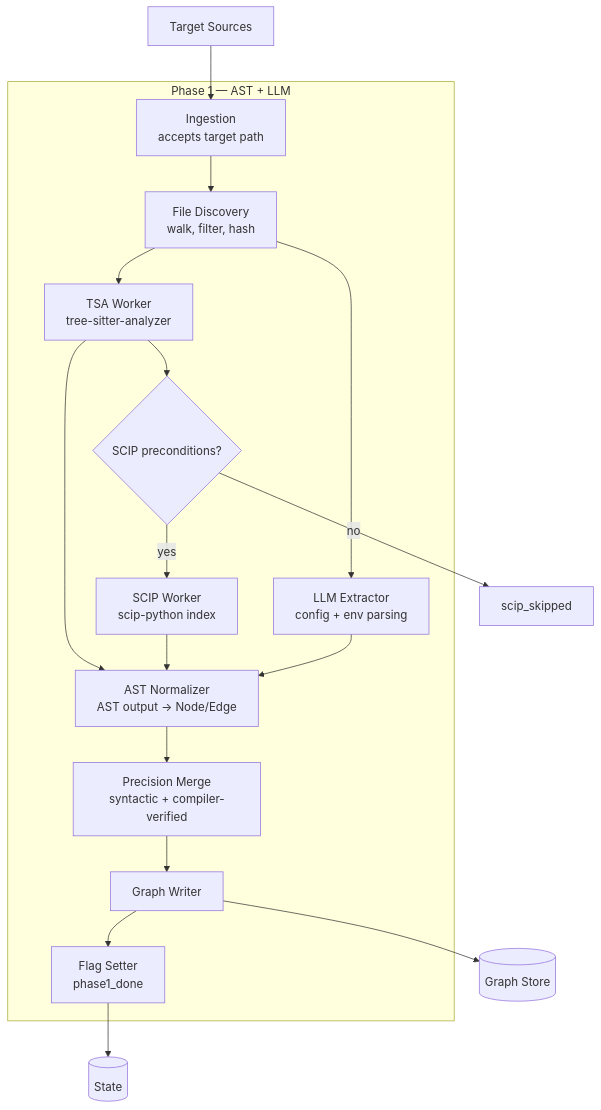
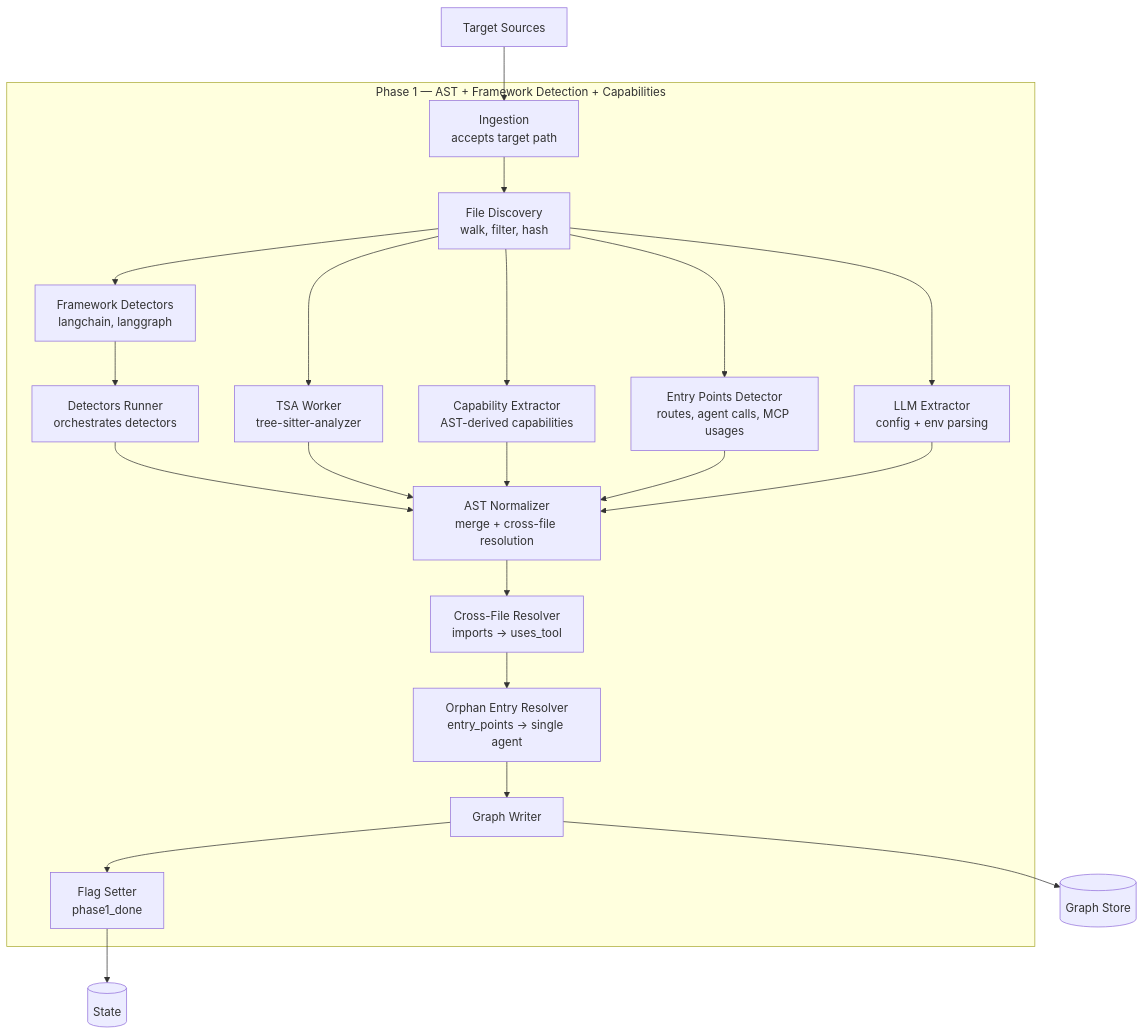
Before and after one commit to Malinowiy/AICorellator: the diagram in Documentation/Architecture/C4_L3_Phase1.md, drawn with Mermaid. The commit also changed other lines of this file and 6 other files, not shown here.

````diff
--- a/Documentation/Architecture/C4_L3_Phase1.md
+++ b/Documentation/Architecture/C4_L3_Phase1.md
@@ -17,31 +25,38 @@
 ```mermaid
 flowchart TB
-    subgraph PH1["Phase 1 — AST + LLM"]
+    subgraph PH1["Phase 1 — AST + Framework Detection + Capabilities"]
         ING[Ingestion<br/>accepts target path]
         DISC[File Discovery<br/>walk, filter, hash]
+        CAP[Capability Extractor<br/>AST-derived capabilities]
         TSA[TSA Worker<br/>tree-sitter-analyzer]
-        SCIPCHK{SCIP preconditions?}
-        SCIP[SCIP Worker<br/>scip-python index]
+        DET[Framework Detectors<br/>langchain, langgraph]
+        RUN[Detectors Runner<br/>orchestrates detectors]
+        EP[Entry Points Detector<br/>routes, agent calls, MCP usages]
         LLMX[LLM Extractor<br/>config + env parsing]
-        NORM[AST Normalizer<br/>AST output → Node/Edge]
-        MERGE[Precision Merge<br/>syntactic + compiler-verified]
+        NORM[AST Normalizer<br/>merge + cross-file resolution]
+        XF[Cross-File Resolver<br/>imports → uses_tool]
+        ORPH[Orphan Entry Resolver<br/>entry_points → single agent]
         WRITE[Graph Writer]
         FLAG[Flag Setter<br/>phase1_done]
     end
 
     SRC[Target Sources] --> ING
     ING --> DISC
     DISC --> TSA
+    DISC --> CAP
+    DISC --> DET
+    DISC --> EP
     DISC --> LLMX
+    DET --> RUN
+    RUN --> NORM
     TSA --> NORM
-    TSA --> SCIPCHK
-    SCIPCHK -->|yes| SCIP
-    SCIPCHK -->|no| SKIP[scip_skipped]
-    SCIP --> NORM
+    CAP --> NORM
+    EP --> NORM
     LLMX --> NORM
-    NORM --> MERGE
-    MERGE --> WRITE
+    NORM --> XF
+    XF --> ORPH
+    ORPH --> WRITE
     WRITE --> GS[(Graph Store)]
     WRITE --> FLAG
     FLAG --> STATE[(State)]
 ```
````
